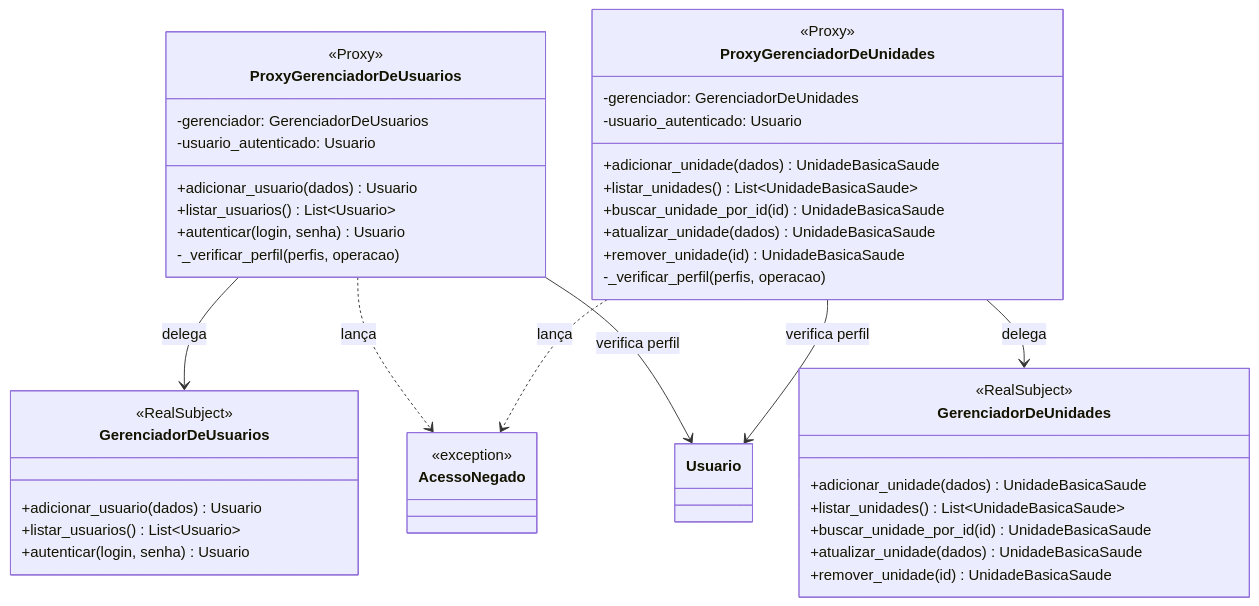
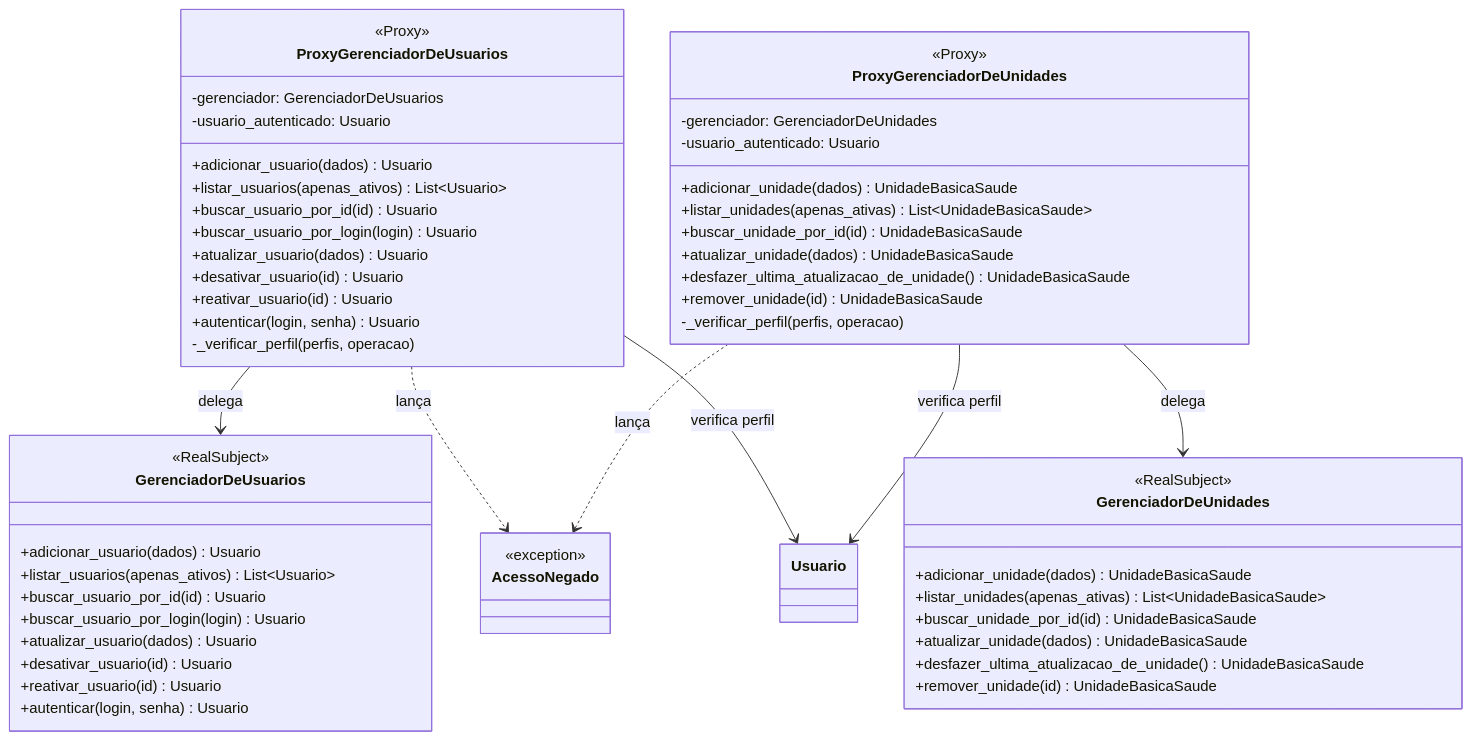
One commit to jonatahpfg/Trabalho-app-apoio-saude changed the third of 4 diagrams in docs/diagramas-sistema.md. Above: the diagram before and after it, drawn with Mermaid. The commit also changed other lines of this file and 1 other file, not shown here.

First line of the commit message:
docs: atualizar a matriz de permissoes com as novas operacoes

````diff
--- a/docs/diagramas-sistema.md
+++ b/docs/diagramas-sistema.md
@@ -747,51 +775,63 @@
 ```mermaid
 classDiagram
     class GerenciadorDeUsuarios {
         <<RealSubject>>
         +adicionar_usuario(dados) Usuario
-        +listar_usuarios() List~Usuario~
+        +listar_usuarios(apenas_ativos) List~Usuario~
+        +buscar_usuario_por_id(id) Usuario
+        +buscar_usuario_por_login(login) Usuario
+        +atualizar_usuario(dados) Usuario
+        +desativar_usuario(id) Usuario
+        +reativar_usuario(id) Usuario
         +autenticar(login, senha) Usuario
     }
 
     class ProxyGerenciadorDeUsuarios {
         <<Proxy>>
         -gerenciador: GerenciadorDeUsuarios
         -usuario_autenticado: Usuario
         +adicionar_usuario(dados) Usuario
-        +listar_usuarios() List~Usuario~
+        +listar_usuarios(apenas_ativos) List~Usuario~
+        +buscar_usuario_por_id(id) Usuario
+        +buscar_usuario_por_login(login) Usuario
+        +atualizar_usuario(dados) Usuario
+        +desativar_usuario(id) Usuario
+        +reativar_usuario(id) Usuario
         +autenticar(login, senha) Usuario
         -_verificar_perfil(perfis, operacao)
     }
 
     class GerenciadorDeUnidades {
         <<RealSubject>>
         +adicionar_unidade(dados) UnidadeBasicaSaude
-        +listar_unidades() List~UnidadeBasicaSaude~
+        +listar_unidades(apenas_ativas) List~UnidadeBasicaSaude~
         +buscar_unidade_por_id(id) UnidadeBasicaSaude
         +atualizar_unidade(dados) UnidadeBasicaSaude
+        +desfazer_ultima_atualizacao_de_unidade() UnidadeBasicaSaude
         +remover_unidade(id) UnidadeBasicaSaude
     }
 
     class ProxyGerenciadorDeUnidades {
         <<Proxy>>
         -gerenciador: GerenciadorDeUnidades
         -usuario_autenticado: Usuario
         +adicionar_unidade(dados) UnidadeBasicaSaude
-        +listar_unidades() List~UnidadeBasicaSaude~
+        +listar_unidades(apenas_ativas) List~UnidadeBasicaSaude~
         +buscar_unidade_por_id(id) UnidadeBasicaSaude
         +atualizar_unidade(dados) UnidadeBasicaSaude
+        +desfazer_ultima_atualizacao_de_unidade() UnidadeBasicaSaude
         +remover_unidade(id) UnidadeBasicaSaude
         -_verificar_perfil(perfis, operacao)
     }
 
     class AcessoNegado {
         <<exception>>
     }
 
     ProxyGerenciadorDeUsuarios --> GerenciadorDeUsuarios : delega
     ProxyGerenciadorDeUsuarios ..> AcessoNegado : lança
     ProxyGerenciadorDeUnidades --> GerenciadorDeUnidades : delega
     ProxyGerenciadorDeUnidades ..> AcessoNegado : lança
     ProxyGerenciadorDeUsuarios --> Usuario : verifica perfil
     ProxyGerenciadorDeUnidades --> Usuario : verifica perfil
 ```
````
